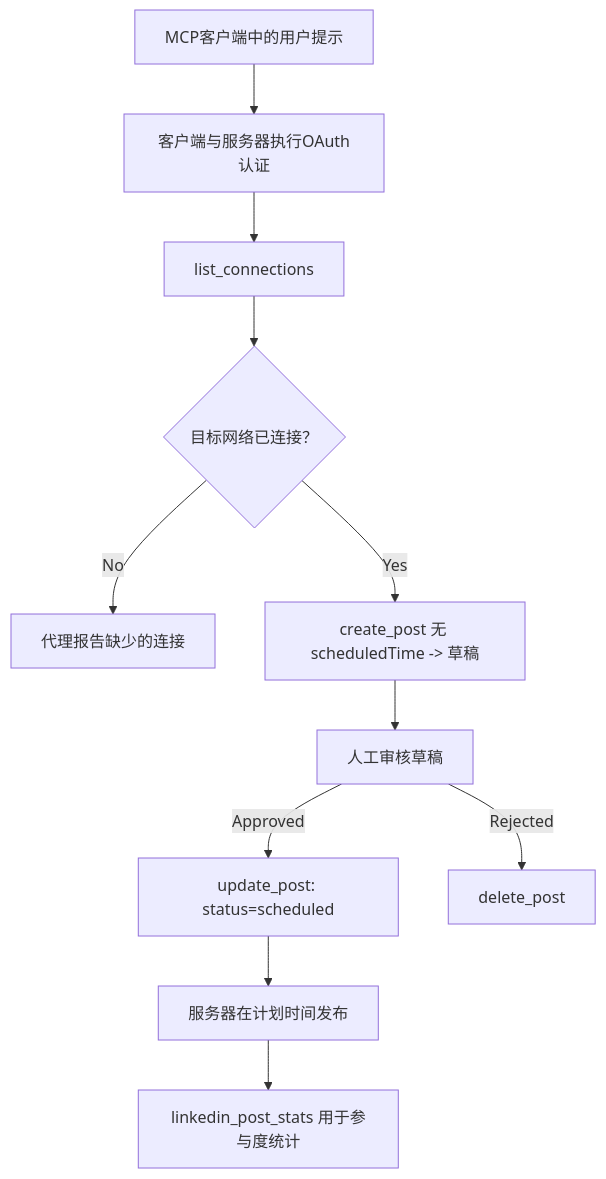
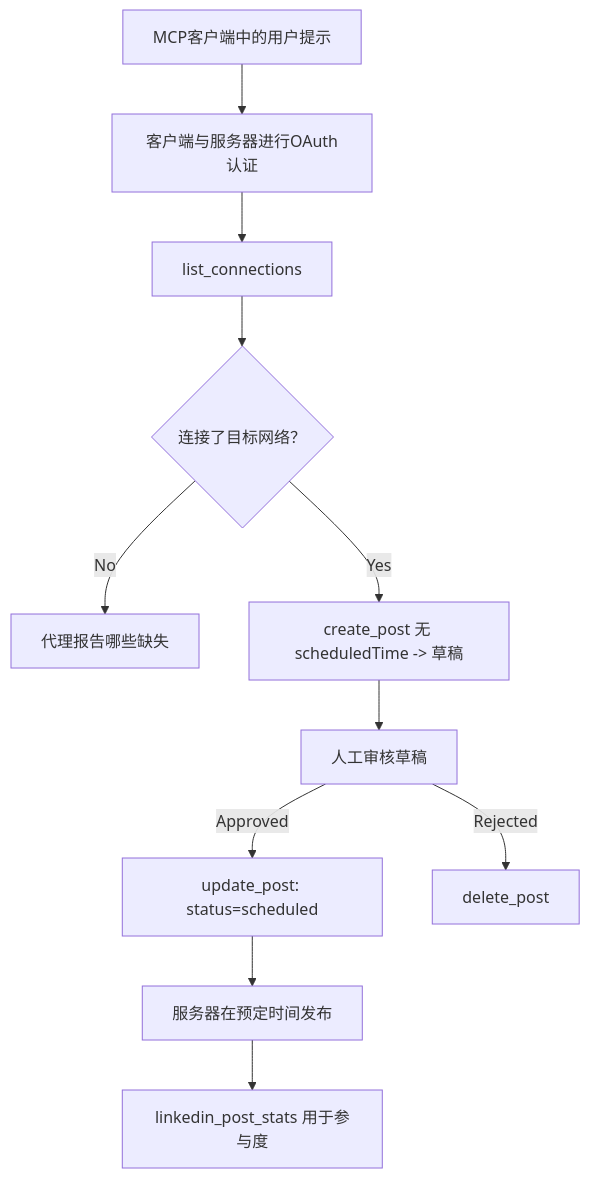
Before and after one commit to microsoft/mcp-for-beginners: the diagram in translations/zh-CN/09-CaseStudy/publora-social-publishing.md, drawn with Mermaid. The commit also changed other lines of this file and 118 other files, not shown here.

````diff
--- a/translations/zh-CN/09-CaseStudy/publora-social-publishing.md
+++ b/translations/zh-CN/09-CaseStudy/publora-social-publishing.md
@@ -47,13 +47,13 @@
 ```mermaid
 flowchart TD
-    A[MCP客户端中的用户提示] --> B[客户端与服务器执行OAuth认证]
+    A[MCP客户端中的用户提示] --> B[客户端与服务器进行OAuth认证]
     B --> C[list_connections]
-    C --> D{目标网络已连接？}
-    D -- No --> E[代理报告缺少的连接]
+    C --> D{连接了目标网络？}
+    D -- No --> E[代理报告哪些缺失]
     D -- Yes --> F[create_post 无 scheduledTime -> 草稿]
     F --> G[人工审核草稿]
     G -- Approved --> H[update_post: status=scheduled]
     G -- Rejected --> I[delete_post]
-    H --> J[服务器在计划时间发布]
-    J --> K[linkedin_post_stats 用于参与度统计]
+    H --> J[服务器在预定时间发布]
+    J --> K[linkedin_post_stats 用于参与度]
 ```
````
